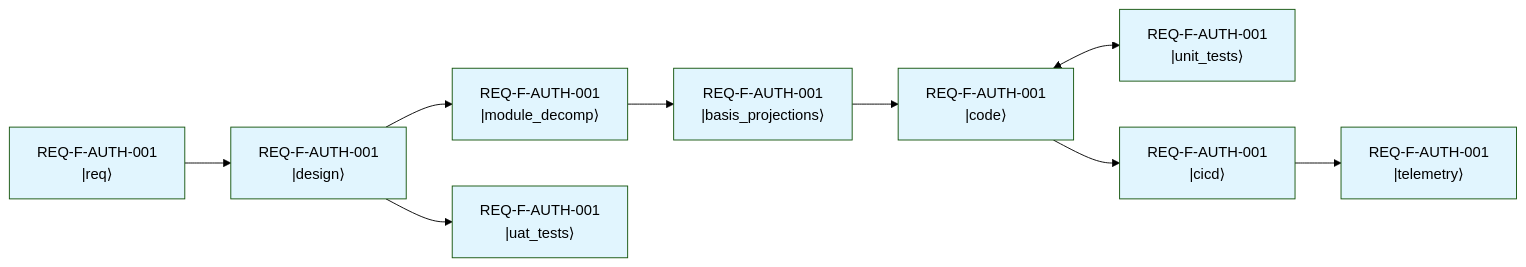
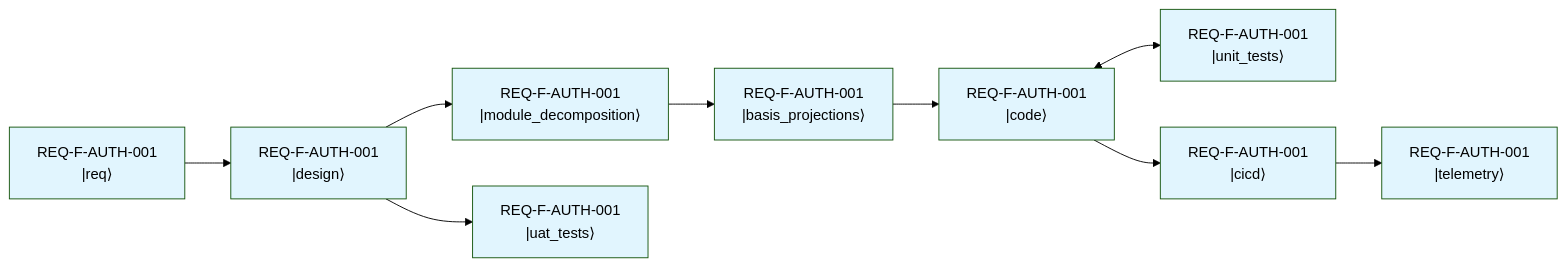
Before and after one commit to foolishimp/ai_sdlc_method: the fifth of 8 diagrams in specification/core/AI_SDLC_ASSET_GRAPH_MODEL.md, drawn with Mermaid (forest theme). The commit also changed other lines of this file and 48 other files, not shown here.

````diff
--- a/specification/core/AI_SDLC_ASSET_GRAPH_MODEL.md
+++ b/specification/core/AI_SDLC_ASSET_GRAPH_MODEL.md
@@ -794,21 +794,21 @@
 ```mermaid
 graph LR
     R["REQ-F-AUTH-001\n|req⟩"] --> D["REQ-F-AUTH-001\n|design⟩"]
-    D --> MD["REQ-F-AUTH-001\n|module_decomp⟩"]
+    D --> MD["REQ-F-AUTH-001\n|module_decomposition⟩"]
     MD --> ST["REQ-F-AUTH-001\n|basis_projections⟩"]
     ST --> C["REQ-F-AUTH-001\n|code⟩"]
     C <--> T["REQ-F-AUTH-001\n|unit_tests⟩"]
     D --> U["REQ-F-AUTH-001\n|uat_tests⟩"]
     C --> CI["REQ-F-AUTH-001\n|cicd⟩"]
     CI --> TEL["REQ-F-AUTH-001\n|telemetry⟩"]
 
     style R fill:#e1f5fe
     style D fill:#e1f5fe
     style MD fill:#e1f5fe
     style ST fill:#e1f5fe
     style C fill:#e1f5fe
     style T fill:#e1f5fe
     style U fill:#e1f5fe
     style CI fill:#e1f5fe
     style TEL fill:#e1f5fe
 ```
````
